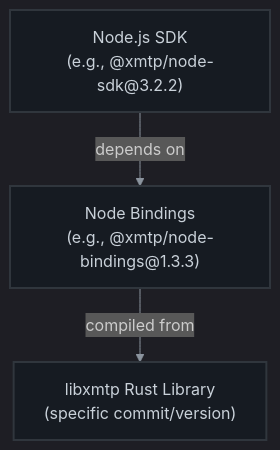
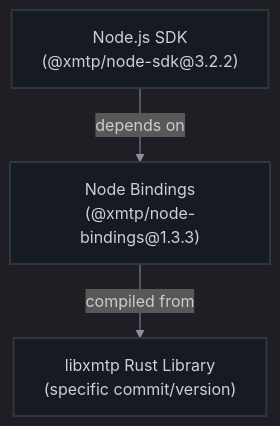
The diagram in docs/version-management.md (xmtp/xmtp-qa-tools), drawn with Mermaid before and after one commit. The commit also changed other lines of this file, not shown here.

````diff
--- a/docs/version-management.md
+++ b/docs/version-management.md
@@ -9,13 +7,13 @@
 ```mermaid
 %%{init: {'theme': 'dark', 'themeVariables': { 'primaryColor': '#0D1117', 'primaryTextColor': '#c9d1d9', 'primaryBorderColor': '#30363d', 'lineColor': '#8b949e', 'secondaryColor': '#161b22', 'tertiaryColor': '#161b22' }}}%%
 
 flowchart TD
-  nodeSDK["Node.js SDK<br/>(e.g., @xmtp/node-sdk@3.2.2)"]
-  nodeBindings["Node Bindings<br/>(e.g., @xmtp/node-bindings@1.3.3)"]
+  nodeSDK["Node.js SDK<br/>(@xmtp/node-sdk@3.2.2)"]
+  nodeBindings["Node Bindings<br/>(@xmtp/node-bindings@1.3.3)"]
   libxmtp["libxmtp Rust Library<br/>(specific commit/version)"]
 
   nodeSDK --> |depends on| nodeBindings
   nodeBindings --> |compiled from| libxmtp
 
   classDef default fill:#161b22,stroke:#30363d,stroke-width:2px,color:#c9d1d9;
 ```
````
